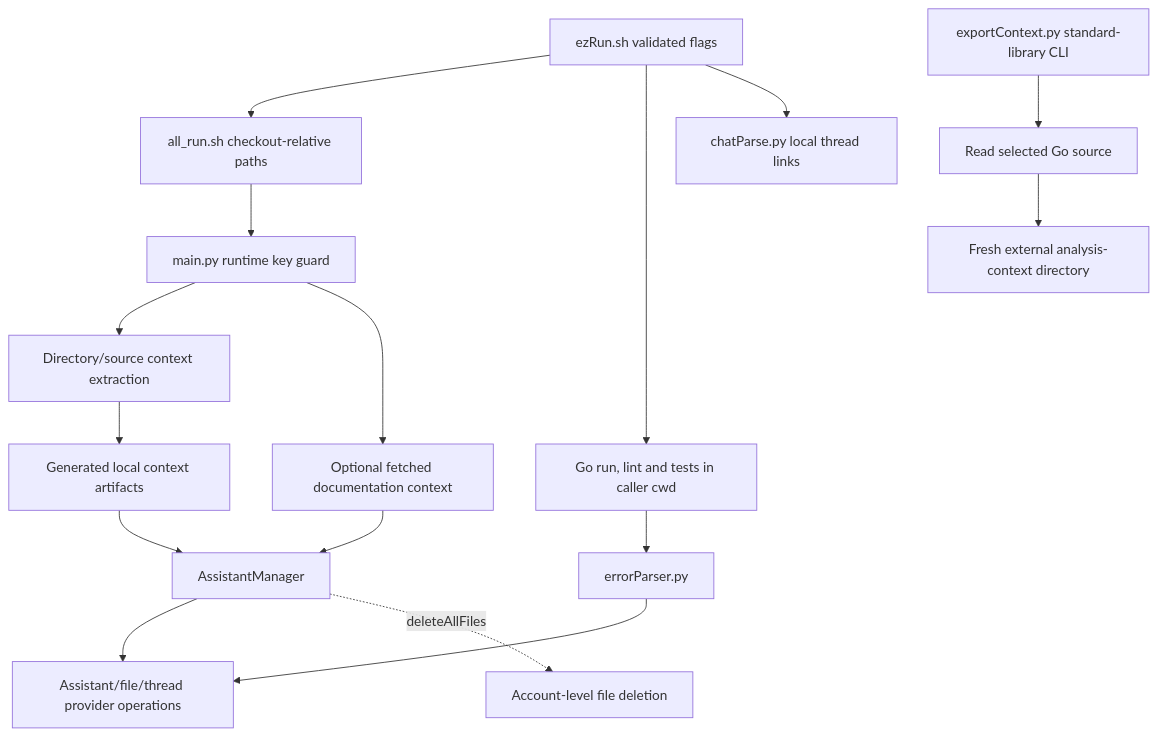
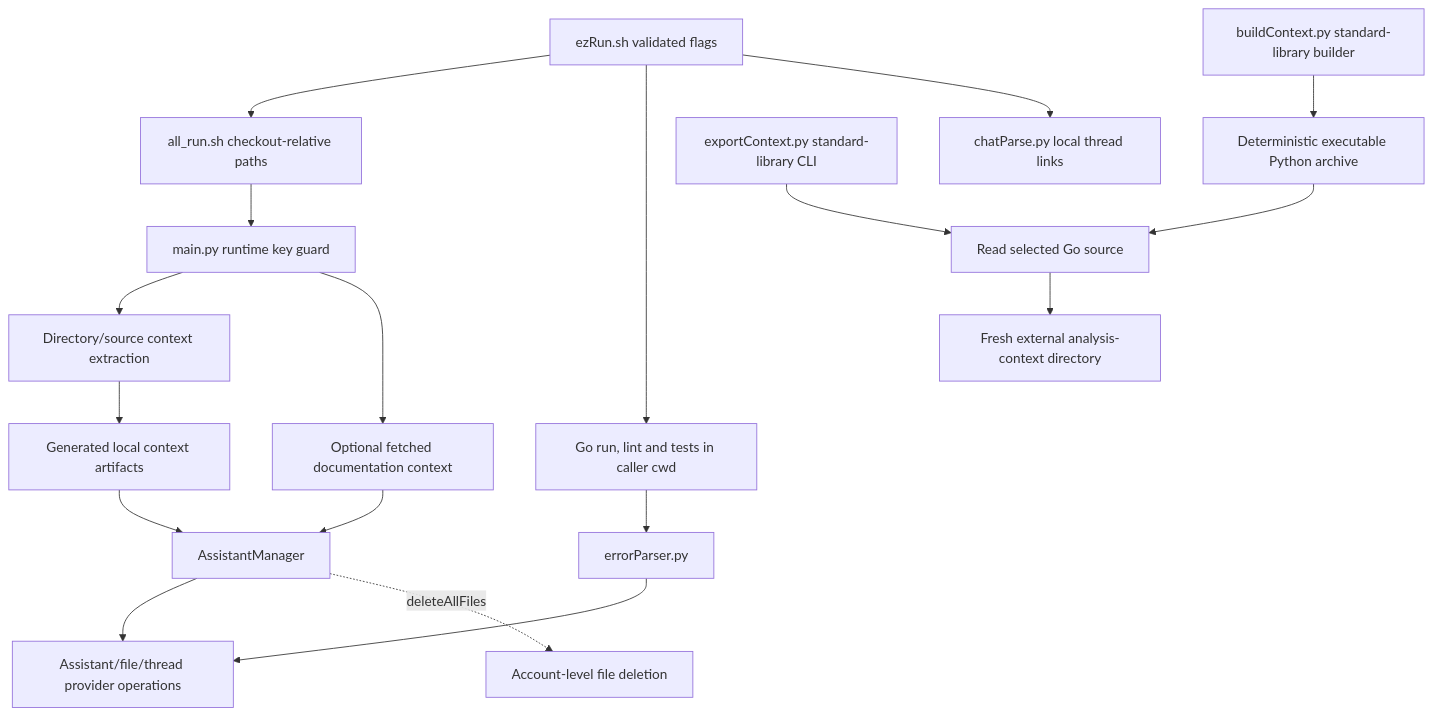
Before and after one commit to jckail/goPilot: the diagram in docs/architecture.mdx, drawn with Mermaid. The commit also changed other lines of this file and 4 other files, not shown here.

Commit message:
Package standalone Go context executable [skip ci]

````diff
--- a/docs/architecture.mdx
+++ b/docs/architecture.mdx
@@ -9,18 +9,20 @@
 ```mermaid
 flowchart TD
   Wrapper[ezRun.sh validated flags] --> Forward[all_run.sh checkout-relative paths]
   Forward --> Entry[main.py runtime key guard]
   Entry --> Walk[Directory/source context extraction]
   Walk --> Files[Generated local context artifacts]
   Entry --> Fetch[Optional fetched documentation context]
   Files --> Manager[AssistantManager]
   Fetch --> Manager
   Manager --> Remote[Assistant/file/thread provider operations]
   Wrapper --> Checks[Go run, lint and tests in caller cwd]
   Checks --> Parse[errorParser.py]
   Parse --> Remote
   Wrapper --> Links[chatParse.py local thread links]
   Manager -. deleteAllFiles .-> Account[Account-level file deletion]
   Export[exportContext.py standard-library CLI] --> ExportRead[Read selected Go source]
   ExportRead --> ExportFiles[Fresh external analysis-context directory]
+  Builder[buildContext.py standard-library builder] --> Archive[Deterministic executable Python archive]
+  Archive --> ExportRead
 ```
````
